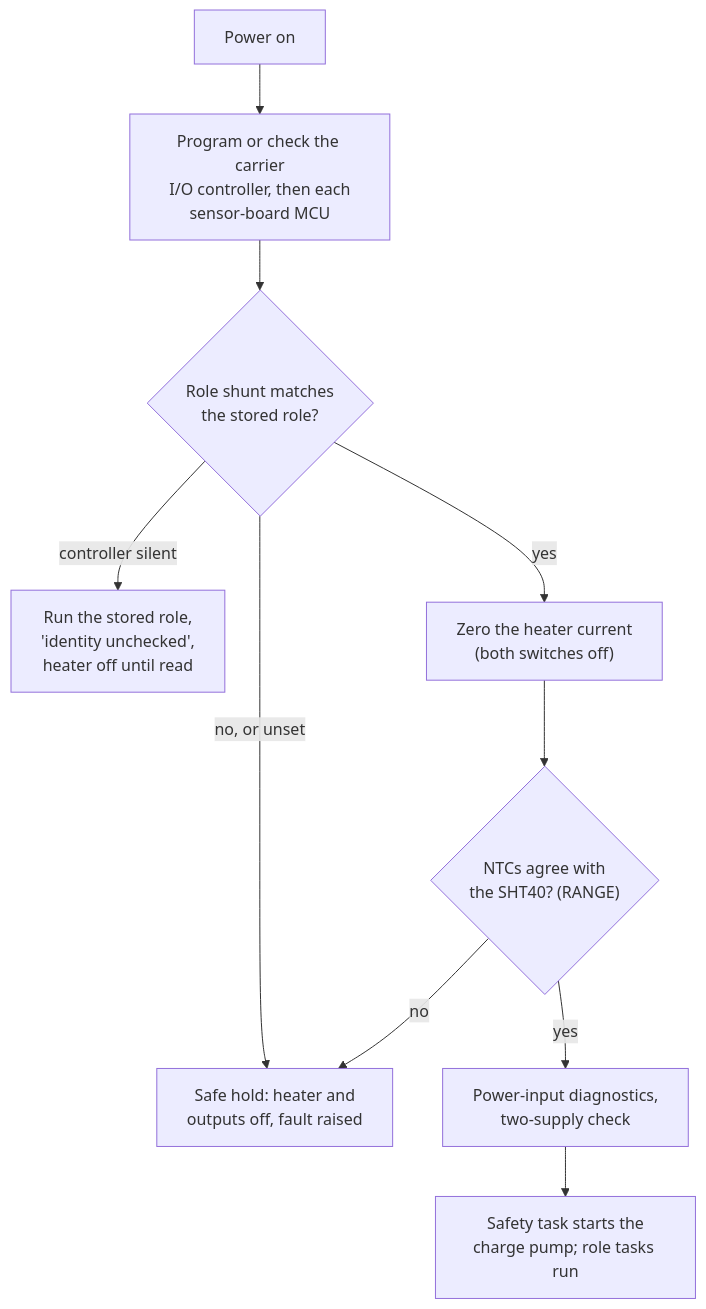
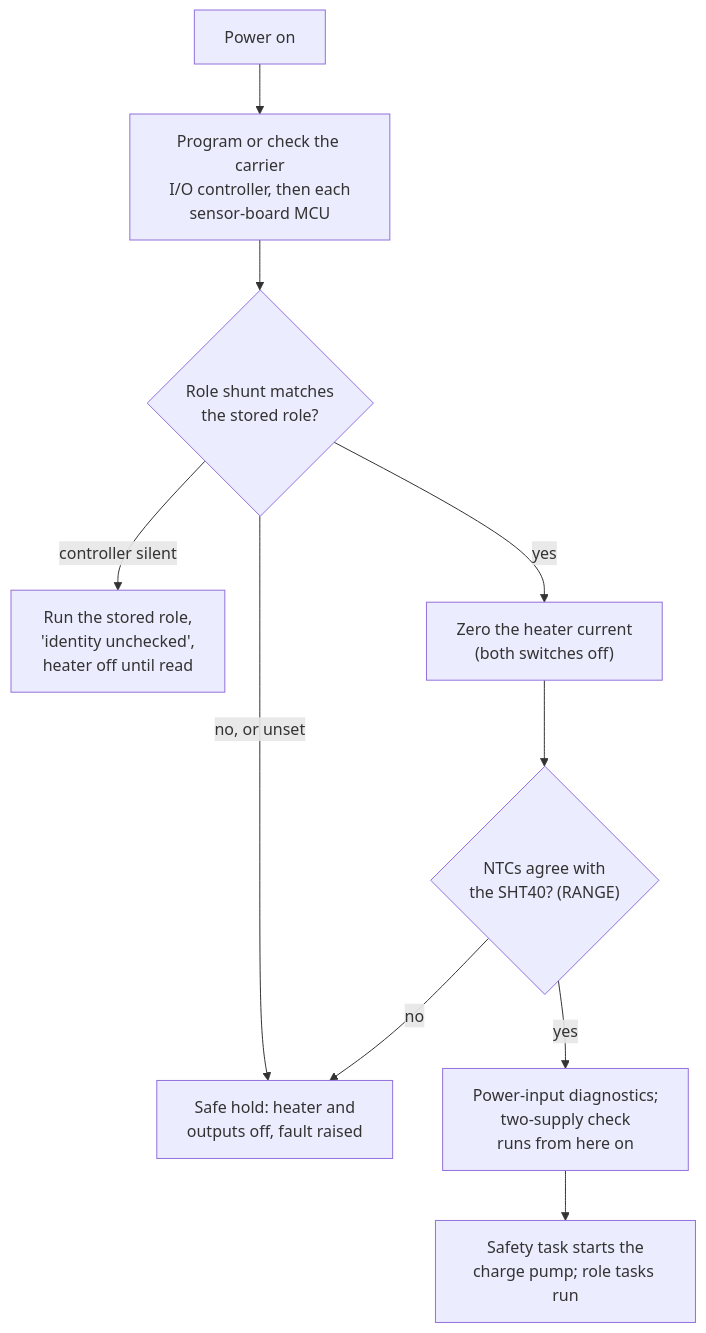
The third of 10 diagrams in docs/07_firmware_and_comms.md (BashfulBits/3dp-fleet-exhaust), drawn with Mermaid before and after one commit. The commit also changed other lines of this file and 6 other files, not shown here.

First line of the commit message:
Power path: one ideal diode per input, no INJECT jumpers (D94)

````diff
--- a/docs/07_firmware_and_comms.md
+++ b/docs/07_firmware_and_comms.md
@@ -74,12 +74,12 @@
 ```mermaid
 flowchart TD
   P["Power on"] --> PY["Program or check the carrier<br>I/O controller, then each<br>sensor-board MCU"]
   PY --> ID{"Role shunt matches<br>the stored role?"}
   ID -->|"no, or unset"| SH["Safe hold: heater and<br>outputs off, fault raised"]
   ID -->|"controller silent"| UC["Run the stored role,<br>'identity unchecked',<br>heater off until read"]
   ID -->|"yes"| Z["Zero the heater current<br>(both switches off)"]
   Z --> RG{"NTCs agree with<br>the SHT40? (RANGE)"}
   RG -->|"no"| SH
-  RG -->|"yes"| PD["Power-input diagnostics,<br>two-supply check"]
+  RG -->|"yes"| PD["Power-input diagnostics;<br>two-supply check<br>runs from here on"]
   PD --> ST["Safety task starts the<br>charge pump; role tasks run"]
 ```
````
